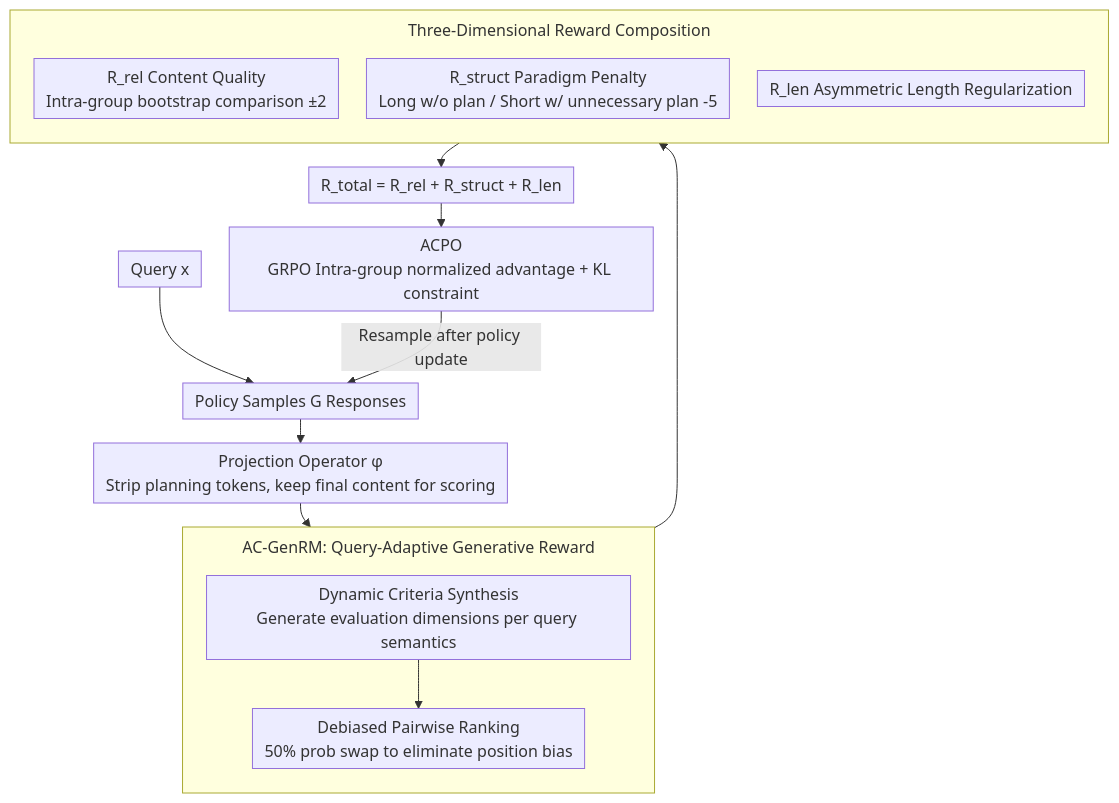
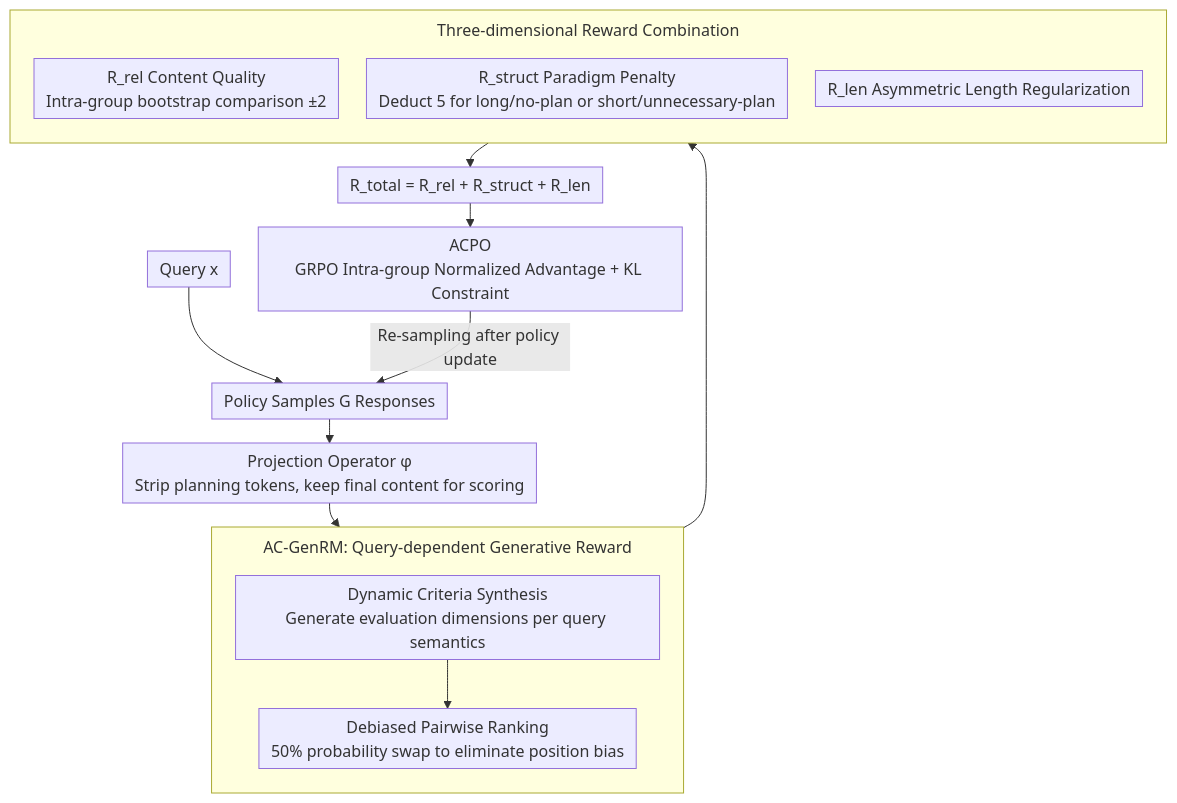
Before and after one commit to zhaoyang97/Paper-Notes-en: the diagram in docs/ACL2026/reinforcement_learning/unicreative_unifying_long-form_logic_and_short-form_sparkle_via_reference-free_r.md, drawn with Mermaid. The commit also changed other lines of this file and 5084 other files, not shown here.

````diff
--- a/docs/ACL2026/reinforcement_learning/unicreative_unifying_long-form_logic_and_short-form_sparkle_via_reference-free_r.md
+++ b/docs/ACL2026/reinforcement_learning/unicreative_unifying_long-form_logic_and_short-form_sparkle_via_reference-free_r.md
@@ -44,21 +44,21 @@
 ```mermaid
 %%{init: {'flowchart': {'rankSpacing': 24, 'nodeSpacing': 28, 'padding': 6, 'wrappingWidth': 400, 'subGraphTitleMargin': {'top': 8, 'bottom': 16}}}}%%
 flowchart TD
     Q["Query x"] --> S["Policy Samples G Responses"]
     S --> P["Projection Operator φ<br/>Strip planning tokens, keep final content for scoring"]
-    subgraph RM["AC-GenRM: Query-Adaptive Generative Reward"]
+    subgraph RM["AC-GenRM: Query-dependent Generative Reward"]
         direction TB
-        C1["Dynamic Criteria Synthesis<br/>Generate evaluation dimensions per query semantics"] --> C2["Debiased Pairwise Ranking<br/>50% prob swap to eliminate position bias"]
+        C1["Dynamic Criteria Synthesis<br/>Generate evaluation dimensions per query semantics"] --> C2["Debiased Pairwise Ranking<br/>50% probability swap to eliminate position bias"]
     end
     P --> RM
-    subgraph REW["Three-Dimensional Reward Composition"]
+    subgraph REW["Three-dimensional Reward Combination"]
         direction TB
         R1["R_rel Content Quality<br/>Intra-group bootstrap comparison ±2"]
-        R2["R_struct Paradigm Penalty<br/>Long w/o plan / Short w/ unnecessary plan -5"]
+        R2["R_struct Paradigm Penalty<br/>Deduct 5 for long/no-plan or short/unnecessary-plan"]
         R3["R_len Asymmetric Length Regularization"]
     end
     RM --> REW
     REW --> T["R_total = R_rel + R_struct + R_len"]
-    T --> ACPO["ACPO<br/>GRPO Intra-group normalized advantage + KL constraint"]
-    ACPO -->|Resample after policy update| S
+    T --> ACPO["ACPO<br/>GRPO Intra-group Normalized Advantage + KL Constraint"]
+    ACPO -->|Re-sampling after policy update| S
 ```
````
